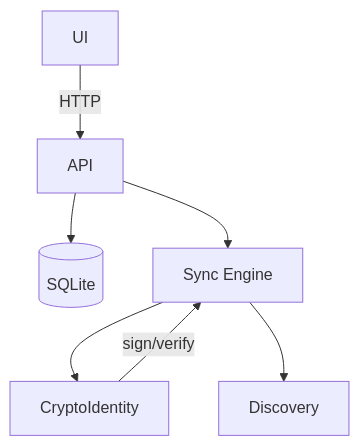
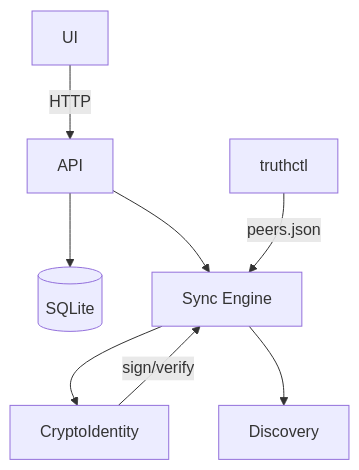
Before and after one commit to ekwator/truth-training: the diagram in spec/03-architecture.md, drawn with Mermaid. The commit also changed other lines of this file and 7 other files, not shown here.

Commit message:
Refactor: Update documentation and architecture details

````diff
--- a/spec/03-architecture.md
+++ b/spec/03-architecture.md
@@ -19,9 +23,10 @@
 ```mermaid
 flowchart TD
   UI -->|HTTP| API
   API --> DB[(SQLite)]
   API --> P2P[Sync Engine]
   P2P --> ENC[CryptoIdentity]
   P2P --> NET[Discovery]
   ENC -->|sign/verify| P2P
+  CLI[truthctl] -->|peers.json| P2P
 ```
````
